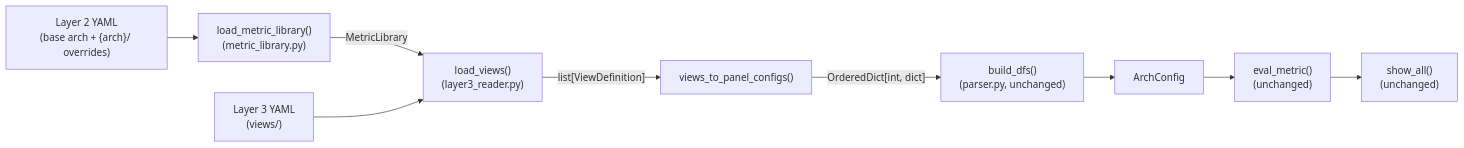
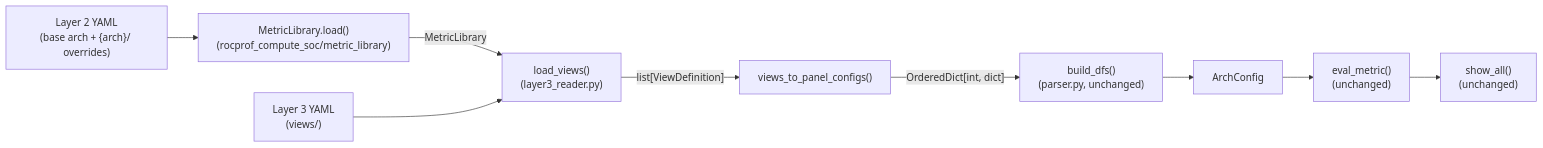
One commit to ROCm/rocm-systems changed the third of 6 diagrams in projects/rocprofiler-compute/docs/design/analysis-config-redesign/lld-index.md. Above: the diagram before and after it, drawn with Mermaid. The commit also changed other lines of this file and 3 other files, not shown here.

````diff
--- a/projects/rocprofiler-compute/docs/design/analysis-config-redesign/lld-index.md
+++ b/projects/rocprofiler-compute/docs/design/analysis-config-redesign/lld-index.md
@@ -91,21 +91,21 @@
 ```mermaid
 flowchart LR
     L2["Layer 2 YAML<br/>(base arch + {arch}/ overrides)"]
     L3["Layer 3 YAML<br/>(views/)"]
-    LML["load_metric_library()<br/>(metric_library.py)"]
+    LML["MetricLibrary.load()<br/>(rocprof_compute_soc/metric_library)"]
     LV["load_views()<br/>(layer3_reader.py)"]
     V2P["views_to_panel_configs()"]
     BD["build_dfs()<br/>(parser.py, unchanged)"]
     AC["ArchConfig"]
     EM["eval_metric()<br/>(unchanged)"]
     SA["show_all()<br/>(unchanged)"]
 
     L2 --> LML
     LML -->|MetricLibrary| LV
     L3 --> LV
     LV -->|"list[ViewDefinition]"| V2P
     V2P -->|"OrderedDict[int, dict]"| BD
     BD --> AC
     AC --> EM
     EM --> SA
 ```
````
